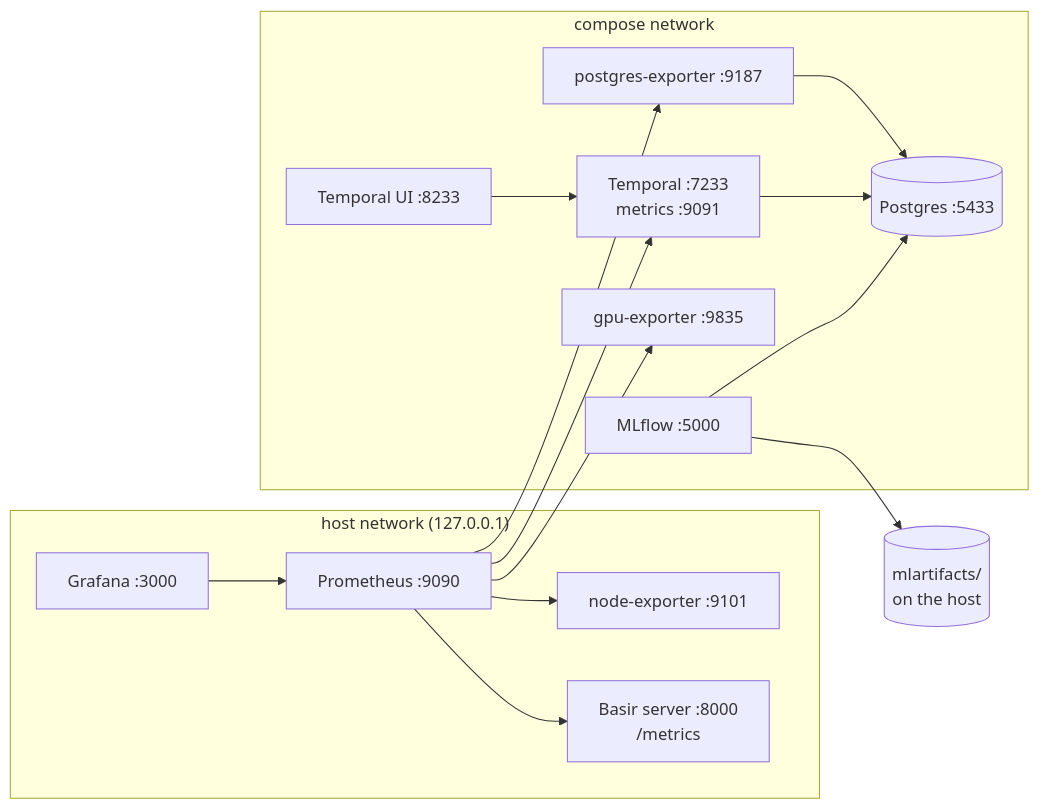
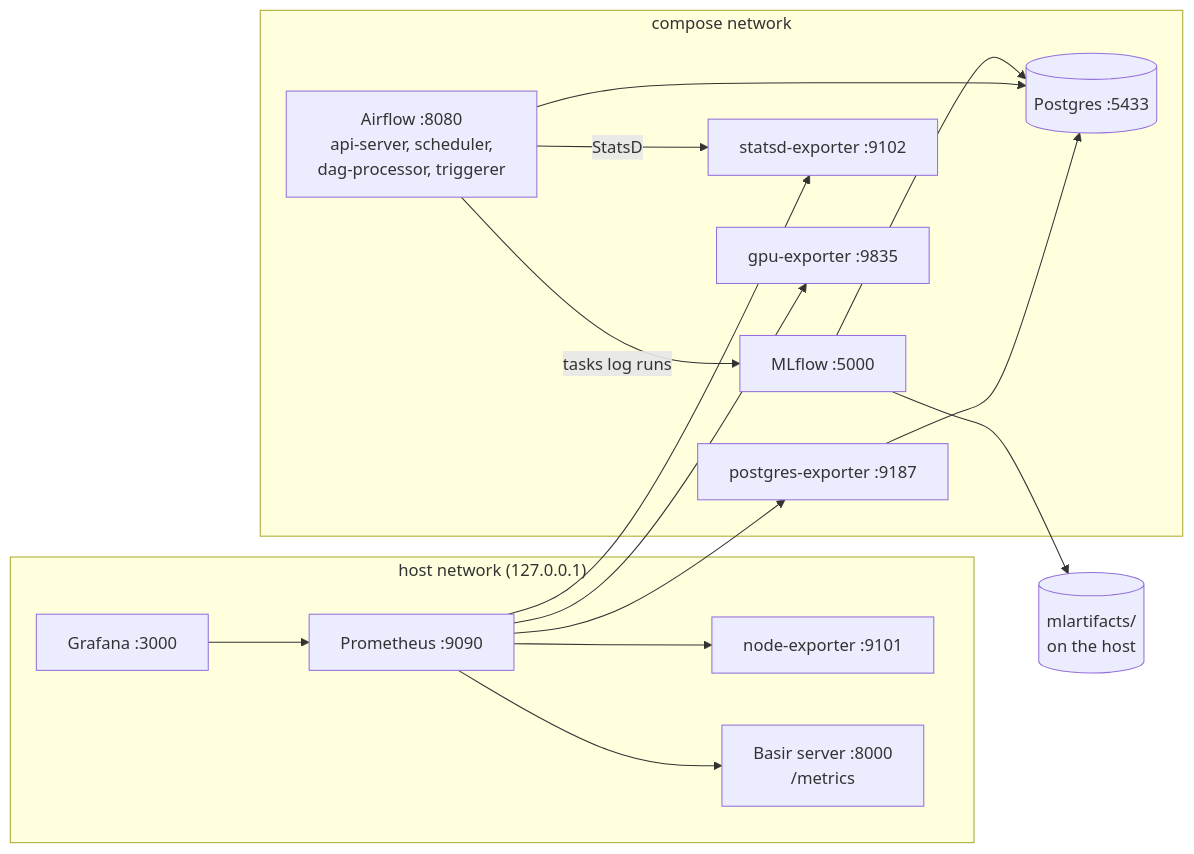
The diagram in docs/08-local-stack.md (omarTBakr/Basir), drawn with Mermaid before and after one commit. The commit also changed other lines of this file and 8 other files, not shown here.

````diff
--- a/docs/08-local-stack.md
+++ b/docs/08-local-stack.md
@@ -74,24 +75,25 @@
 ```mermaid
 flowchart LR
   subgraph host["host network (127.0.0.1)"]
     prom[Prometheus :9090]
     graf[Grafana :3000]
     node[node-exporter :9101]
     app["Basir server :8000<br/>/metrics"]
   end
   subgraph compose["compose network"]
     pg[(Postgres :5433)]
     mlf[MLflow :5000]
-    tmp["Temporal :7233<br/>metrics :9091"]
-    ui[Temporal UI :8233]
+    af["Airflow :8080<br/>api-server, scheduler,<br/>dag-processor, triggerer"]
+    sx[statsd-exporter :9102]
     gpu[gpu-exporter :9835]
     pge[postgres-exporter :9187]
   end
   mlf --> pg
-  tmp --> pg
-  ui --> tmp
+  af --> pg
+  af -- "tasks log runs" --> mlf
+  af -- StatsD --> sx
   pge --> pg
   mlf --> art[("mlartifacts/<br/>on the host")]
-  prom --> node & gpu & pge & tmp & app
+  prom --> node & gpu & pge & sx & app
   graf --> prom
 ```
````
